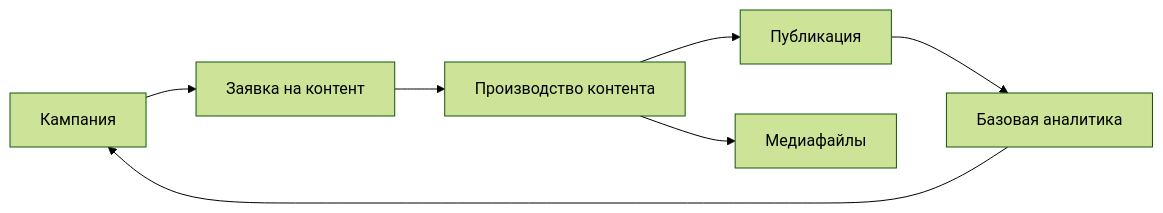
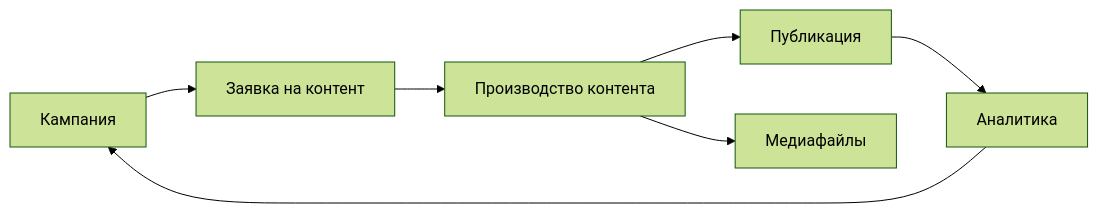
One commit to rustams/marketingos-docs changed the diagram in index.md. Above: the diagram before and after it, drawn with Mermaid (forest theme). The commit also changed other lines of this file, not shown here.

````diff
--- a/index.md
+++ b/index.md
@@ -30,9 +52,9 @@
 ```mermaid
 flowchart LR
-    A[Кампания] --> B[Заявка на контент]
-    B --> C[Производство контента]
-    C --> D[Публикация]
-    C --> E[Медиафайлы]
-    D --> F[Базовая аналитика]
-    F --> A
+  A[Кампания] --> B[Заявка на контент]
+  B --> C[Производство контента]
+  C --> D[Публикация]
+  C --> E[Медиафайлы]
+  D --> F[Аналитика]
+  F --> A
 ```
````
